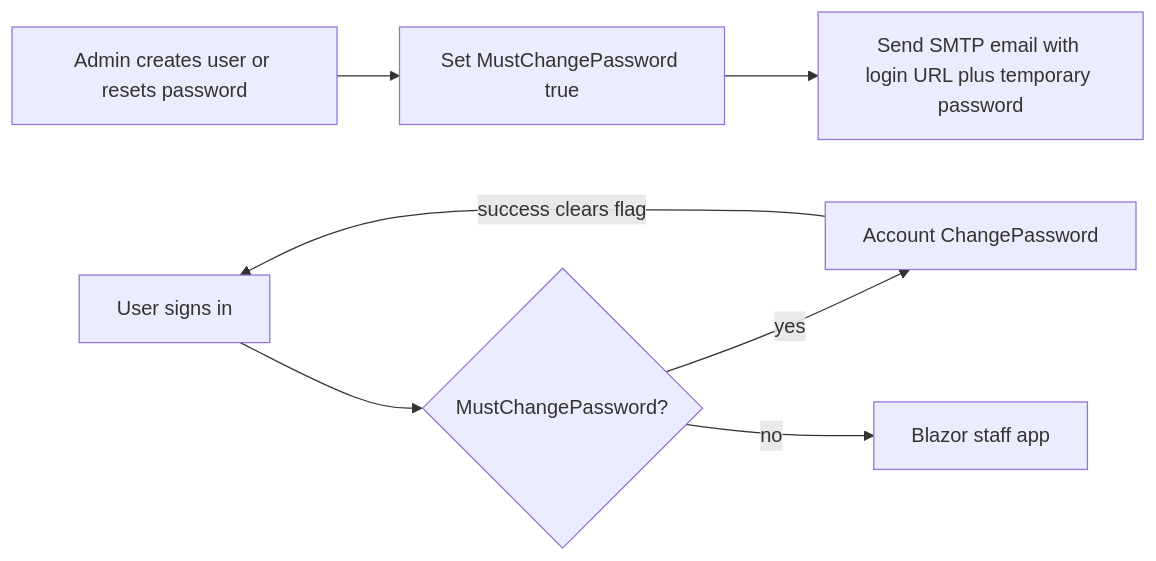
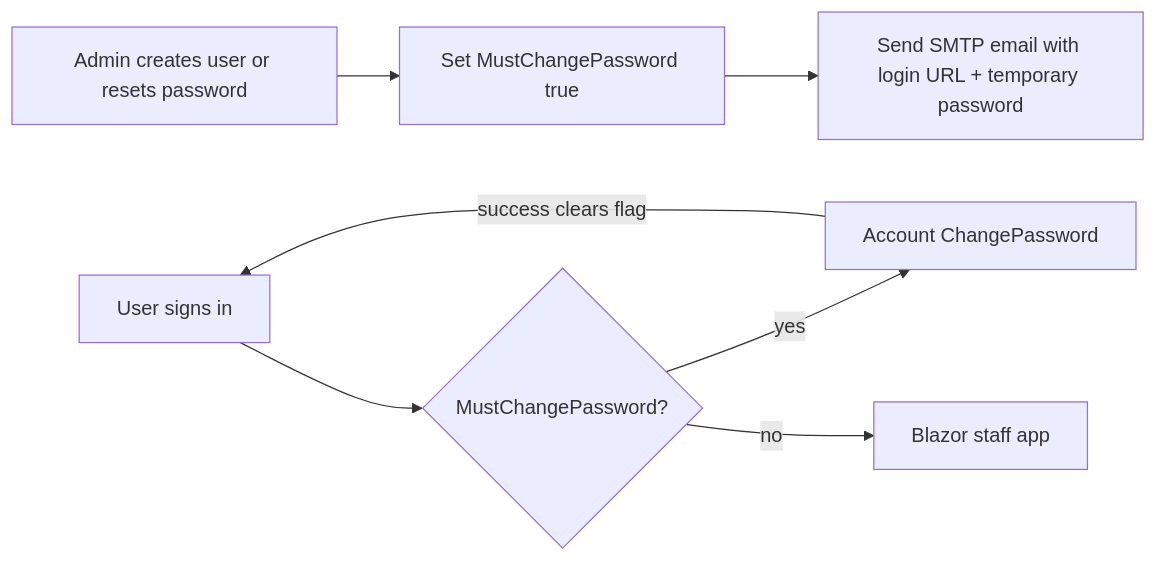
One commit to mitf-dev-space/mitf_wallet_public_docs changed the diagram in docs/security/staff-credential-lifecycle.md. Above: the diagram before and after it, drawn with Mermaid. The commit also changed other lines of this file and 30 other files, not shown here.

````diff
--- a/docs/security/staff-credential-lifecycle.md
+++ b/docs/security/staff-credential-lifecycle.md
@@ -11,15 +9,15 @@
 ```mermaid
 flowchart LR
   admin_create[Admin creates user or resets password]
   db_flag[Set MustChangePassword true]
-  email[Send SMTP email with login URL plus temporary password]
+  email[Send SMTP email with login URL + temporary password]
   login[User signs in]
   gate{MustChangePassword?}
   change[Account ChangePassword]
   app[Blazor staff app]
   admin_create --> db_flag --> email
   login --> gate
   gate -->|yes| change
   gate -->|no| app
   change -->|success clears flag| login
 ```
````
